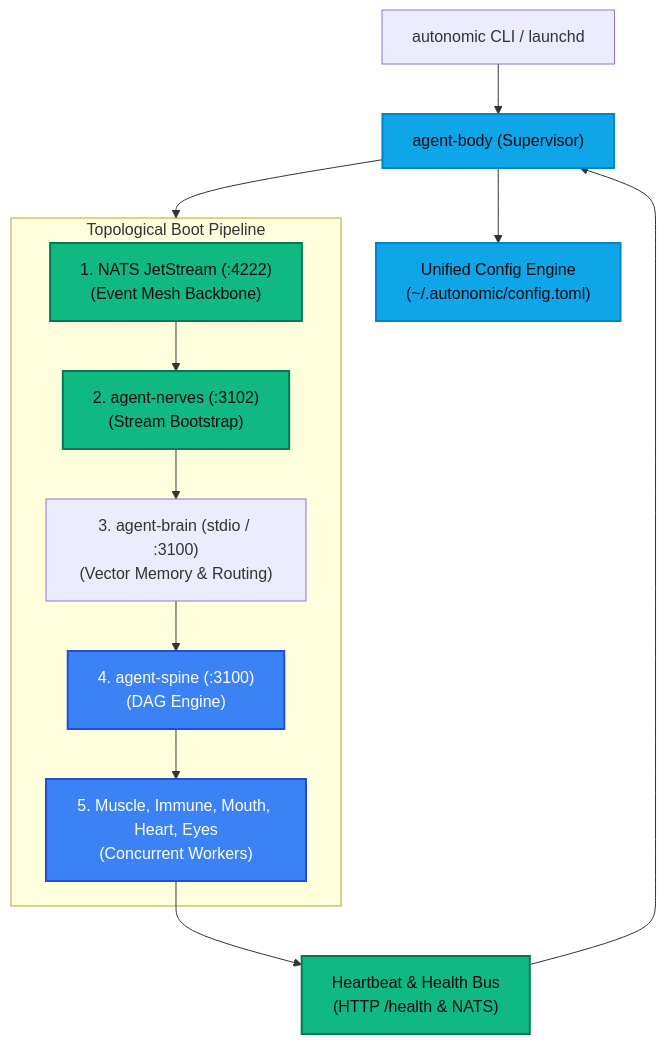
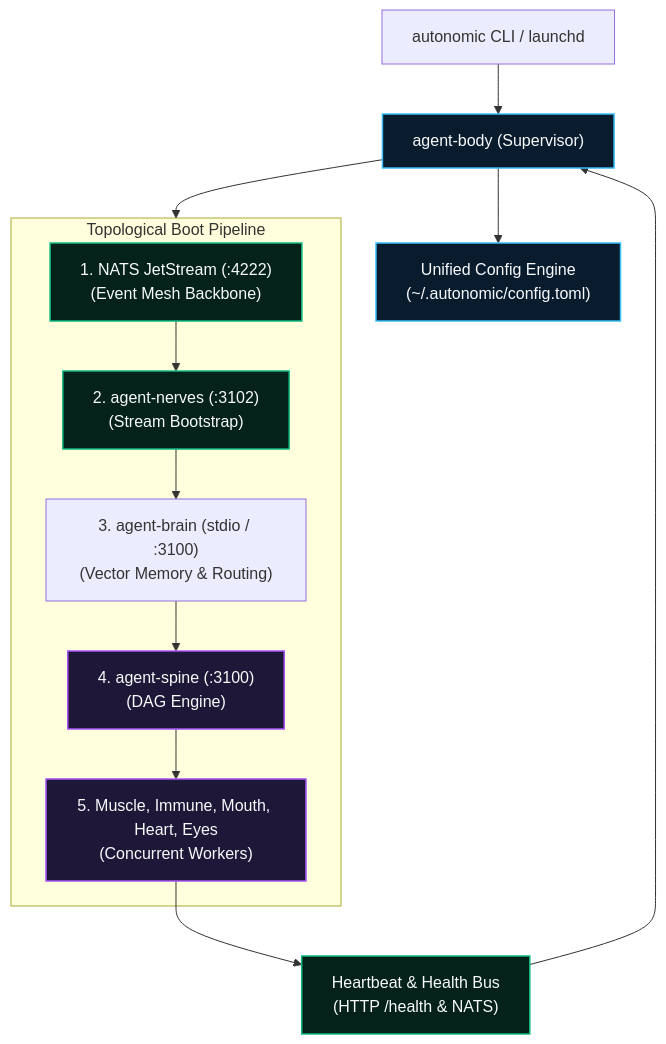
One commit to autonomic-ai-dev/website changed the diagram in src/routes/docs/supervision/+page.md. Above: the diagram before and after it, drawn with Mermaid. The commit also changed 13 other files, not shown here.

Commit message:
fix(docs): aerospace dark cybernetic palette for Mermaid charts and high-contrast labels

````diff
--- a/src/routes/docs/supervision/+page.md
+++ b/src/routes/docs/supervision/+page.md
@@ -11,25 +11,25 @@
 ```mermaid
 flowchart TD
     CLI["autonomic CLI / launchd"] --> Body["agent-body (Supervisor)"]
     Body --> Config["Unified Config Engine\n(~/.autonomic/config.toml)"]
     
     subgraph BootSequence["Topological Boot Pipeline"]
         NATS["1. NATS JetStream (:4222)\n(Event Mesh Backbone)"]
         Nerves["2. agent-nerves (:3102)\n(Stream Bootstrap)"]
         Brain["3. agent-brain (stdio / :3100)\n(Vector Memory & Routing)"]
         Spine["4. agent-spine (:3100)\n(DAG Engine)"]
         Organs["5. Muscle, Immune, Mouth, Heart, Eyes\n(Concurrent Workers)"]
     end
 
     Body --> BootSequence
     NATS --> Nerves --> Brain --> Spine --> Organs
     Organs --> Telemetry["Heartbeat & Health Bus\n(HTTP /health & NATS)"]
     Telemetry --> Body
 
-    classDef core fill:#0ea5e9,stroke:#0284c7,stroke-width:2px,color:#080b10;
-    classDef worker fill:#3b82f6,stroke:#1d4ed8,stroke-width:2px,color:#ffffff;
-    classDef bus fill:#10b981,stroke:#047857,stroke-width:2px,color:#080b10;
+    classDef core fill:#081c2e,stroke:#38bdf8,stroke-width:1.5px,color:#f8fafc;
+    classDef worker fill:#1e1738,stroke:#a855f7,stroke-width:1.5px,color:#f8fafc;
+    classDef bus fill:#04211a,stroke:#10b981,stroke-width:1.5px,color:#f8fafc;
     class Body,Config core;
     class Spine,Organs worker;
     class NATS,Nerves,Telemetry bus;
 ```
````
